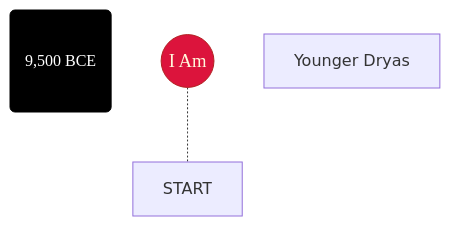
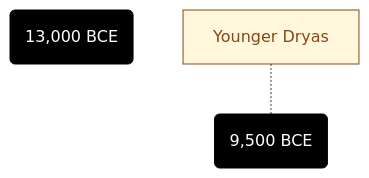
The diagram in 0000_General/timeline_v1.01.md (joe-dorward/samples), drawn with Mermaid before and after one commit.

````diff
--- a/0000_General/timeline_v1.01.md
+++ b/0000_General/timeline_v1.01.md
@@ -1,17 +1,19 @@
 ```mermaid
 flowchart TD
-  classDef Start fill:crimson, color:cornsilk, stroke:firebrick, font-family:verdana, font-size:14pt, padding:10px;
-  classDef When fill:black, color:white, stroke:black, font-family:verdana, font-size:12pt, padding:10px;
-  classDef What fill:cornsilk, stroke:saddlebrown, color:saddlebrown, font-family:verdana, text-align:left, margin:8px;
+  %%classDef When height:90px, valign:top, fill:black, color:white, stroke:black, font-family:verdana, font-size:12pt, padding:0px;
+  %%classDef What fill:cornsilk, stroke:saddlebrown, color:saddlebrown, font-family:verdana, text-align:left, margin:8px;
+  classDef When fill:black, color:white, stroke:black;
+  classDef What fill:cornsilk, stroke:saddlebrown, color:saddlebrown, text-align:left;
 
-  class 9500,10000 When;
-  class YOUNGER_DRYAS Start;
-
-  %% ========== ========== ========== ========== ==========
-  I_AM(("I Am")):::Start
-  I_AM-.-START
-
-  9500("9,500 BCE"):::When
+  13000("13,000 BCE")
+  9500("9,500 BCE")
   YOUNGER_DRYAS["Younger Dryas"]
 
+  class 9500,13000,10000 When;
+  class YOUNGER_DRYAS What;
+
+  YOUNGER_DRYAS-.-
+  9500
+
+
 ```
````
